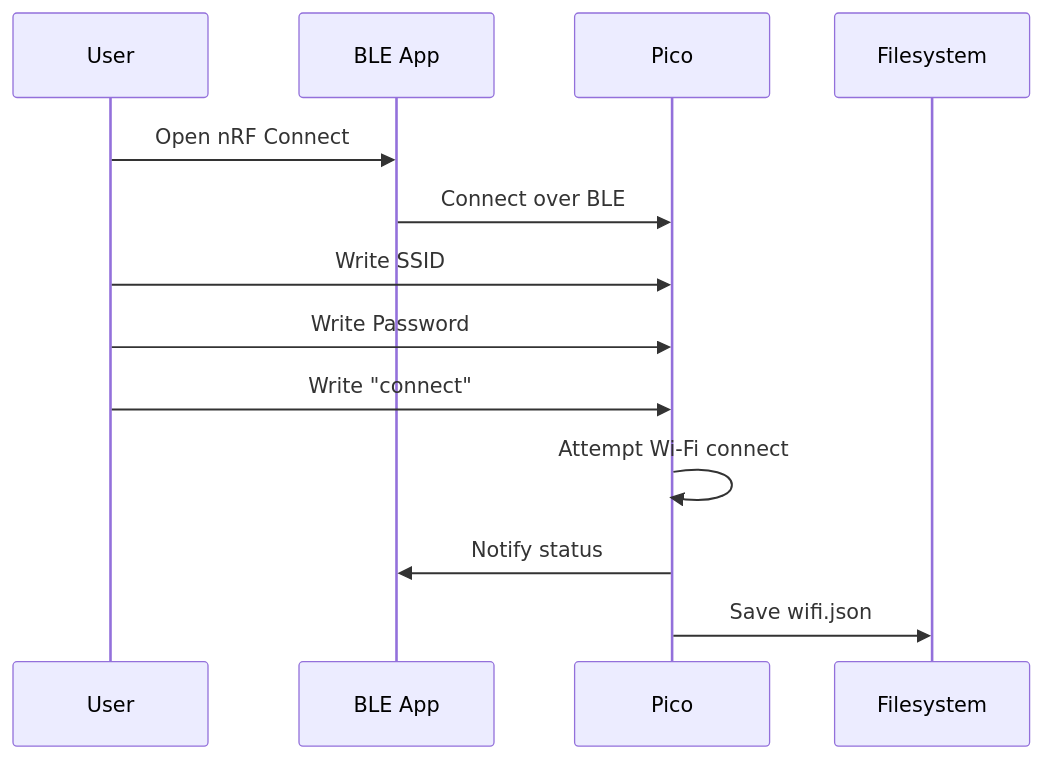
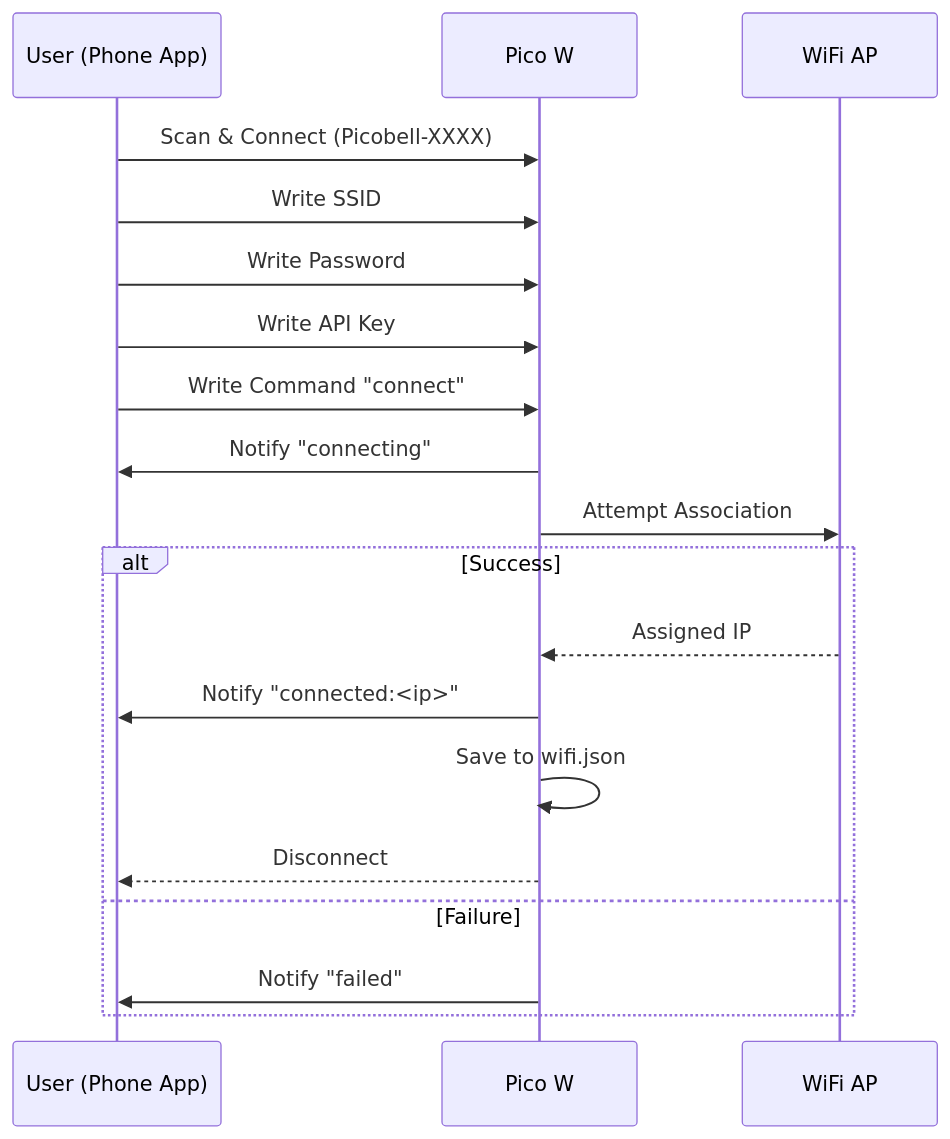
Before and after one commit to jonasfh/picobell: the first of 2 diagrams in pico/docs/BLE.md, drawn with Mermaid. The commit also changed other lines of this file and 11 other files, not shown here.

````diff
--- a/pico/docs/BLE.md
+++ b/pico/docs/BLE.md
@@ -38,15 +34,22 @@
 ```mermaid
 sequenceDiagram
-    participant User
-    participant App as BLE App
-    participant Pico
+    participant U as User (Phone App)
+    participant P as Pico W
+    participant W as WiFi AP
 
-    User->>App: Open nRF Connect
-    App->>Pico: Connect over BLE
-    User->>Pico: Write SSID
-    User->>Pico: Write Password
-    User->>Pico: Write "connect"
-    Pico->>Pico: Attempt Wi-Fi connect
-    Pico->>App: Notify status
-    Pico->>Filesystem: Save wifi.json
+    U->>P: Scan & Connect (Picobell-XXXX)
+    U->>P: Write SSID
+    U->>P: Write Password
+    U->>P: Write API Key
+    U->>P: Write Command "connect"
+    P->>U: Notify "connecting"
+    P->>W: Attempt Association
+    alt Success
+        W-->>P: Assigned IP
+        P->>U: Notify "connected:<ip>"
+        P->>P: Save to wifi.json
+        P-->>U: Disconnect
+    else Failure
+        P->>U: Notify "failed"
+    end
 ```
````
